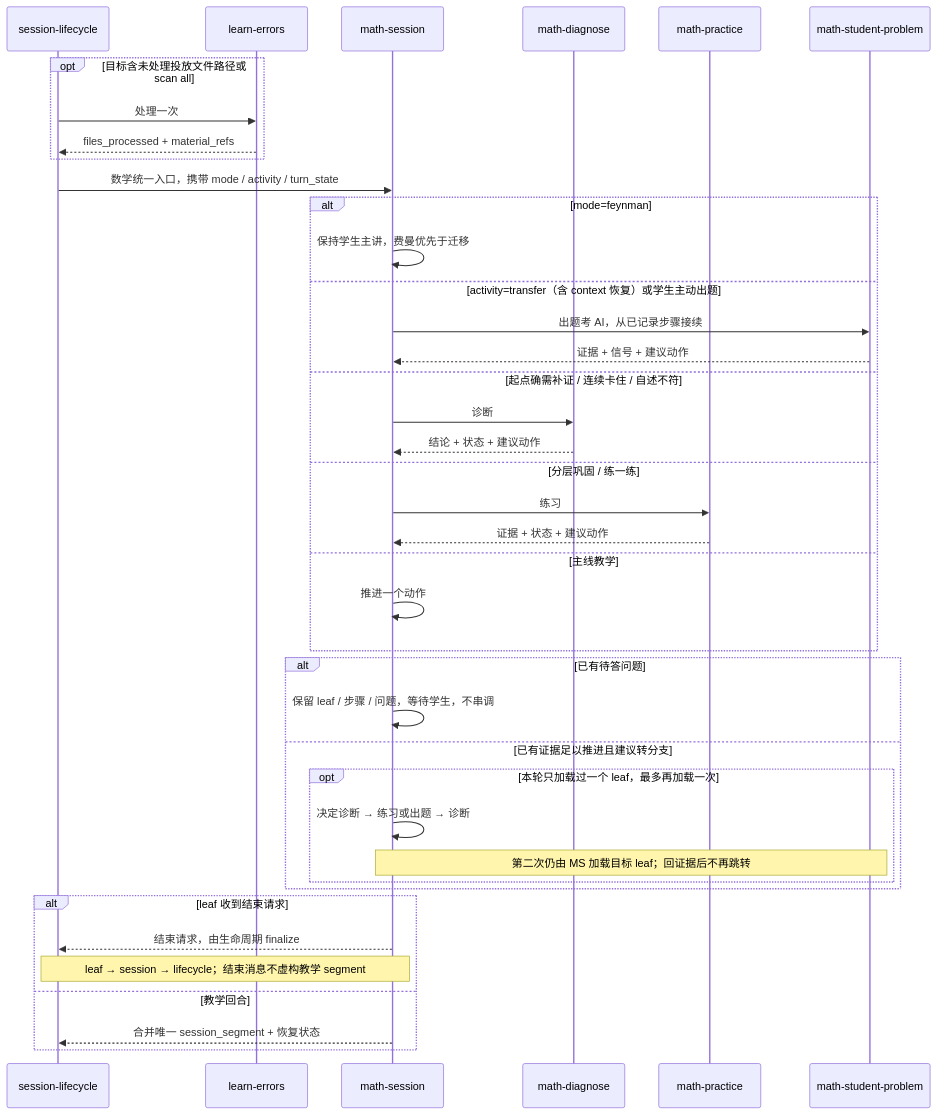
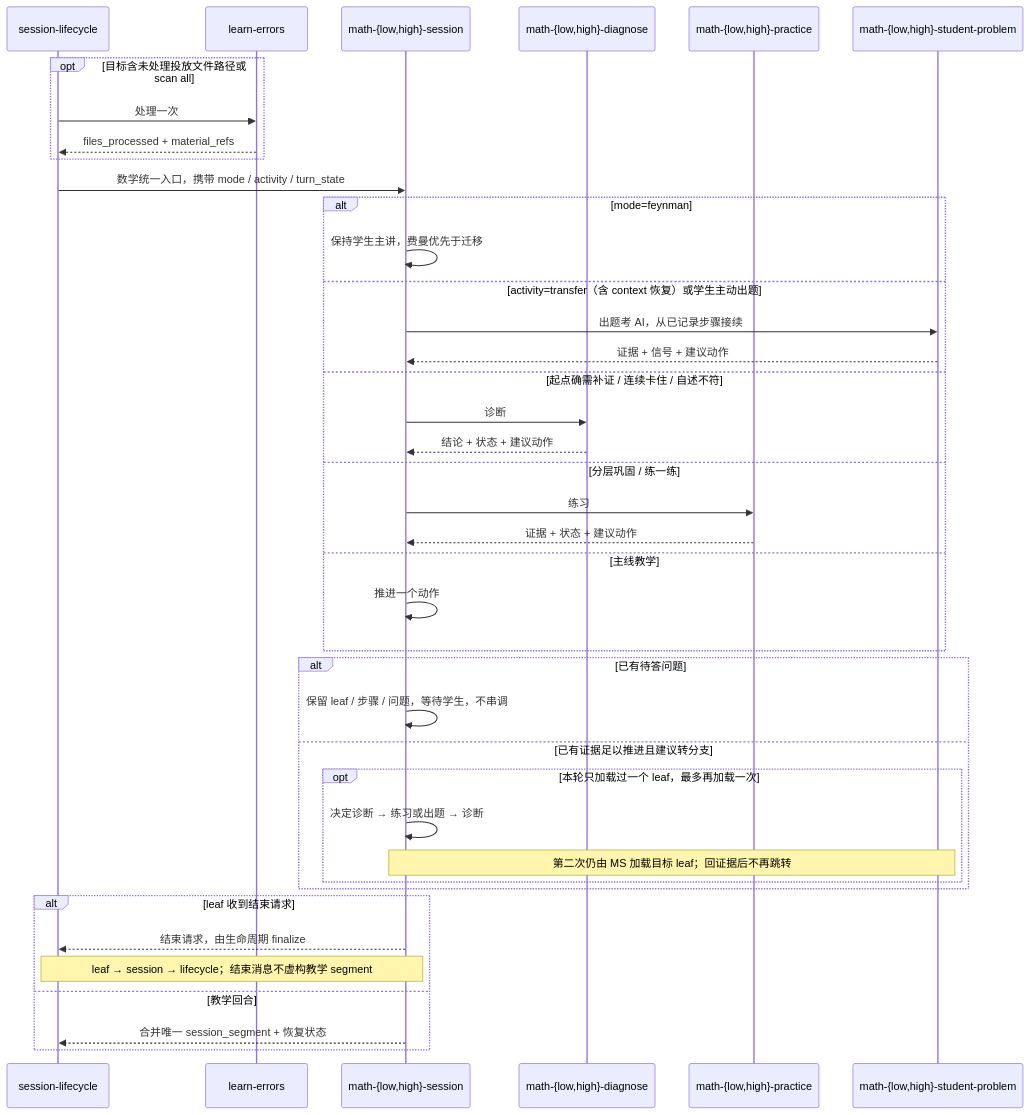
Diagram 12 of 21 in docs/skill-map/call-graph.md (gengyabc/baicai-edu), drawn with Mermaid before and after one commit. The commit also changed other lines of this file and 113 other files, not shown here.

````diff
--- a/docs/skill-map/call-graph.md
+++ b/docs/skill-map/call-graph.md
@@ -398,43 +398,43 @@
 ```mermaid
 sequenceDiagram
   participant SL as session-lifecycle
   participant LE as learn-errors
-  participant MS as math-session
-  participant MD as math-diagnose
-  participant MP as math-practice
-  participant MSP as math-student-problem
+  participant MS as math-{low,high}-session
+  participant MD as math-{low,high}-diagnose
+  participant MP as math-{low,high}-practice
+  participant MSP as math-{low,high}-student-problem
 
   opt 目标含未处理投放文件路径或 scan all
     SL->>LE: 处理一次
     LE-->>SL: files_processed + material_refs
   end
   SL->>MS: 数学统一入口，携带 mode / activity / turn_state
   alt mode=feynman
     MS->>MS: 保持学生主讲，费曼优先于迁移
   else activity=transfer（含 context 恢复）或学生主动出题
     MS->>MSP: 出题考 AI，从已记录步骤接续
     MSP-->>MS: 证据 + 信号 + 建议动作
   else 起点确需补证 / 连续卡住 / 自述不符
     MS->>MD: 诊断
     MD-->>MS: 结论 + 状态 + 建议动作
   else 分层巩固 / 练一练
     MS->>MP: 练习
     MP-->>MS: 证据 + 状态 + 建议动作
   else 主线教学
     MS->>MS: 推进一个动作
   end
   alt 已有待答问题
     MS->>MS: 保留 leaf / 步骤 / 问题，等待学生，不串调
   else 已有证据足以推进且建议转分支
     opt 本轮只加载过一个 leaf，最多再加载一次
       MS->>MS: 决定诊断 → 练习或出题 → 诊断
       Note over MS,MSP: 第二次仍由 MS 加载目标 leaf；回证据后不再跳转
     end
   end
   alt leaf 收到结束请求
     MS-->>SL: 结束请求，由生命周期 finalize
     Note over MS,SL: leaf → session → lifecycle；结束消息不虚构教学 segment
   else 教学回合
     MS-->>SL: 合并唯一 session_segment + 恢复状态
   end
 ```
````
